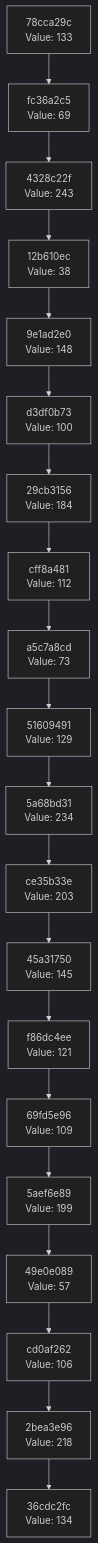
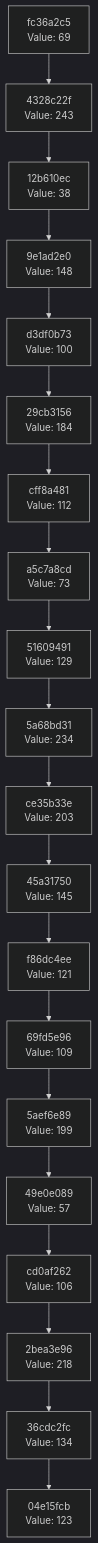
One commit to Abhisheksinha1506/hash-chain-evolver changed the diagram in docs/CHAIN_VISUALIZATION.md. Above: the diagram before and after it, drawn with Mermaid (dark theme). The commit also changed 2 other files, not shown here.

Commit message:
Evolution step: hash 0x7B → action executed

````diff
--- a/docs/CHAIN_VISUALIZATION.md
+++ b/docs/CHAIN_VISUALIZATION.md
@@ -3,42 +3,42 @@
 ```mermaid
 graph TD
-    C0["36cdc2fc<br/>Value: 134"]
-    C1["2bea3e96<br/>Value: 218"]
+    C0["04e15fcb<br/>Value: 123"]
+    C1["36cdc2fc<br/>Value: 134"]
     C1 --> C0
-    C2["cd0af262<br/>Value: 106"]
+    C2["2bea3e96<br/>Value: 218"]
     C2 --> C1
-    C3["49e0e089<br/>Value: 57"]
+    C3["cd0af262<br/>Value: 106"]
     C3 --> C2
-    C4["5aef6e89<br/>Value: 199"]
+    C4["49e0e089<br/>Value: 57"]
     C4 --> C3
-    C5["69fd5e96<br/>Value: 109"]
+    C5["5aef6e89<br/>Value: 199"]
     C5 --> C4
-    C6["f86dc4ee<br/>Value: 121"]
+    C6["69fd5e96<br/>Value: 109"]
     C6 --> C5
-    C7["45a31750<br/>Value: 145"]
+    C7["f86dc4ee<br/>Value: 121"]
     C7 --> C6
-    C8["ce35b33e<br/>Value: 203"]
+    C8["45a31750<br/>Value: 145"]
     C8 --> C7
-    C9["5a68bd31<br/>Value: 234"]
+    C9["ce35b33e<br/>Value: 203"]
     C9 --> C8
-    C10["51609491<br/>Value: 129"]
+    C10["5a68bd31<br/>Value: 234"]
     C10 --> C9
-    C11["a5c7a8cd<br/>Value: 73"]
+    C11["51609491<br/>Value: 129"]
     C11 --> C10
-    C12["cff8a481<br/>Value: 112"]
+    C12["a5c7a8cd<br/>Value: 73"]
     C12 --> C11
-    C13["29cb3156<br/>Value: 184"]
+    C13["cff8a481<br/>Value: 112"]
     C13 --> C12
-    C14["d3df0b73<br/>Value: 100"]
+    C14["29cb3156<br/>Value: 184"]
     C14 --> C13
-    C15["9e1ad2e0<br/>Value: 148"]
+    C15["d3df0b73<br/>Value: 100"]
     C15 --> C14
-    C16["12b610ec<br/>Value: 38"]
+    C16["9e1ad2e0<br/>Value: 148"]
     C16 --> C15
-    C17["4328c22f<br/>Value: 243"]
+    C17["12b610ec<br/>Value: 38"]
     C17 --> C16
-    C18["fc36a2c5<br/>Value: 69"]
+    C18["4328c22f<br/>Value: 243"]
     C18 --> C17
-    C19["78cca29c<br/>Value: 133"]
+    C19["fc36a2c5<br/>Value: 69"]
     C19 --> C18
 ```
````
